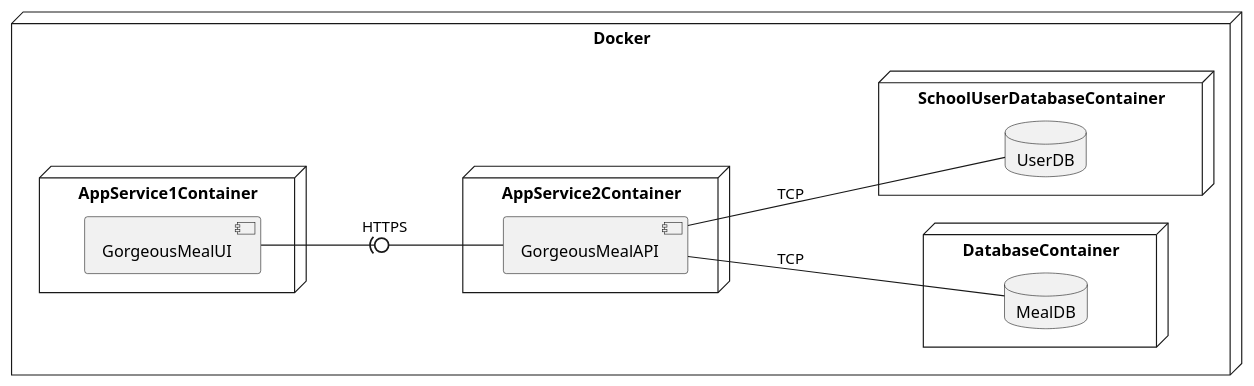
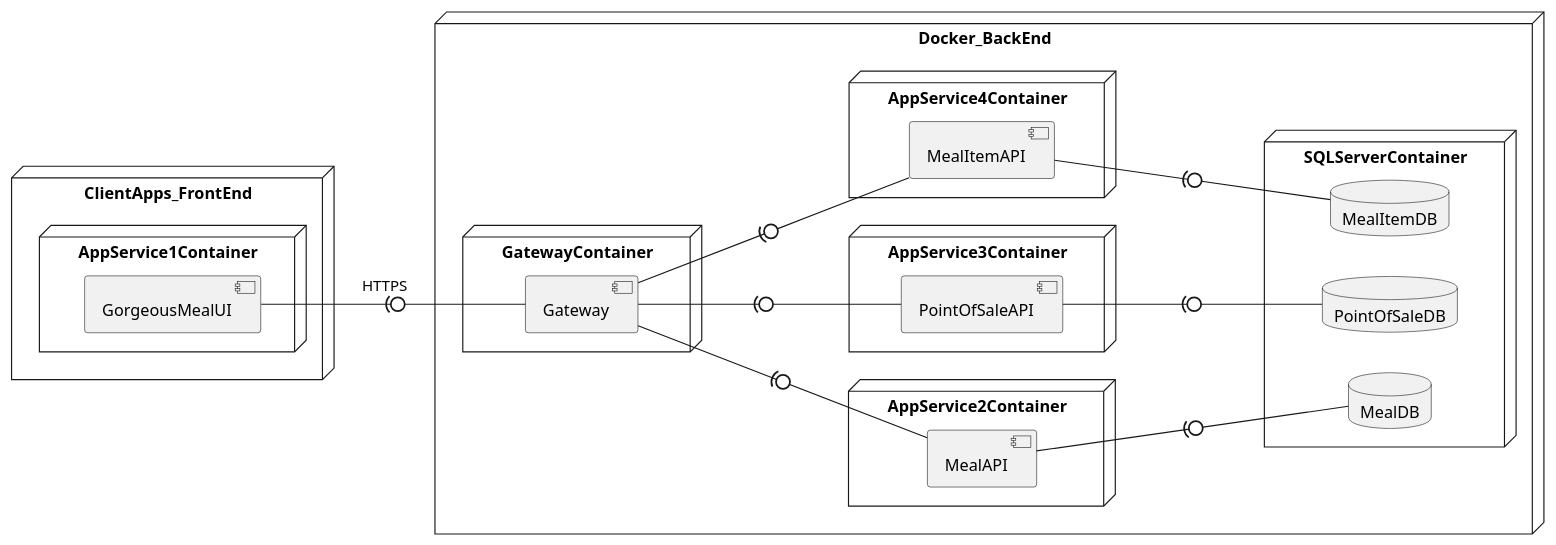
The diagram in P2/ADD/views/DeploymentDiagram.puml (PeFerreira98/ARQSOFT_2019), drawn with PlantUML before and after one commit. The commit also changed 2 other files, not shown here.

Commit message:
Add final? Deployment Diagram

```diff
--- a/P2/ADD/views/DeploymentDiagram.puml
+++ b/P2/ADD/views/DeploymentDiagram.puml
@@ -1,26 +1,45 @@
 @startuml DeploymentDiagram
 left to right direction
 
-node Docker{
+node ClientApps_FrontEnd{
     node AppService1Container {
         component GorgeousMealUI
     }
+}
+
+node Docker_BackEnd{
+
+    node GatewayContainer {
+        component Gateway
+    }
 
     node AppService2Container {
-        component GorgeousMealAPI
+        component MealAPI
     }
 
-    node DatabaseContainer {
-        database MealDB
+    node AppService3Container {
+        component PointOfSaleAPI
     }
 
-    node SchoolUserDatabaseContainer {
-        database UserDB
+    node AppService4Container {
+        component MealItemAPI
+    }
+
+    node SQLServerContainer {
+        database MealDB
+        database PointOfSaleDB
+        database MealItemDB
     }
 }
 
-GorgeousMealUI -(0- GorgeousMealAPI : HTTPS
-GorgeousMealAPI -- UserDB : TCP
-GorgeousMealAPI -- MealDB : TCP
+GorgeousMealUI -(0- Gateway : HTTPS
+
+Gateway -(0- MealAPI
+Gateway -(0- PointOfSaleAPI
+Gateway -(0- MealItemAPI
+
+MealAPI -(0- MealDB
+PointOfSaleAPI -(0- PointOfSaleDB
+MealItemAPI -(0- MealItemDB
 
 @enduml
```
